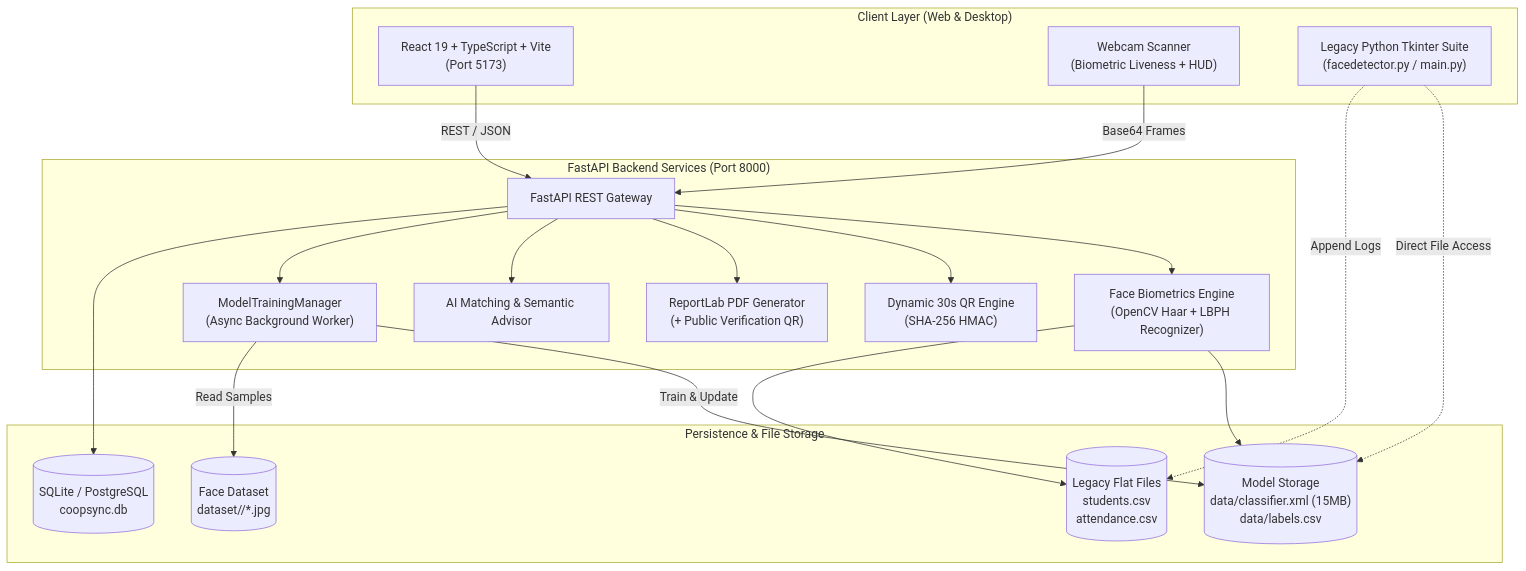
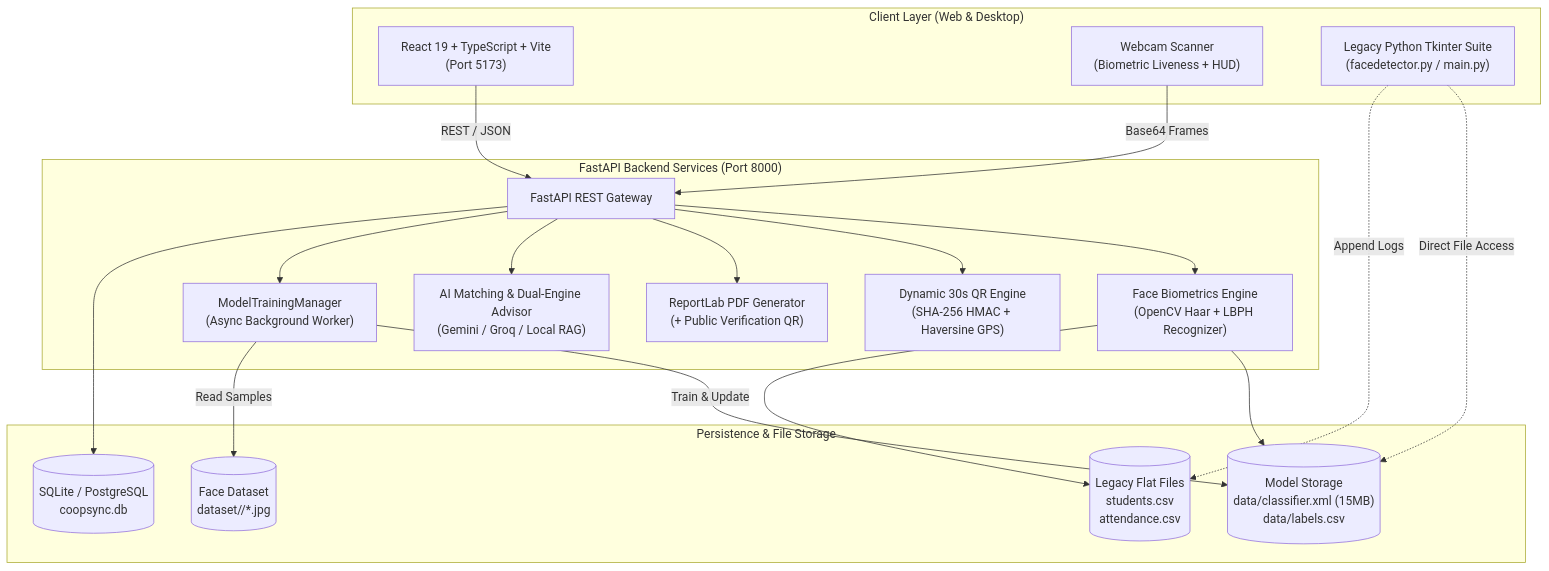
Before and after one commit to prakashmadhok706-spec/face-recognition-system: the diagram in README.md, drawn with Mermaid. The commit also changed other lines of this file and 6 other files, not shown here.

````diff
--- a/README.md
+++ b/README.md
@@ -195,41 +135,41 @@
 ```mermaid
 flowchart TB
     subgraph ClientLayer ["Client Layer (Web & Desktop)"]
         UI["React 19 + TypeScript + Vite\n(Port 5173)"]
         WebCam["Webcam Scanner\n(Biometric Liveness + HUD)"]
         DesktopApp["Legacy Python Tkinter Suite\n(facedetector.py / main.py)"]
     end
 
     subgraph APILayer ["FastAPI Backend Services (Port 8000)"]
         API["FastAPI REST Gateway"]
         FaceEngine["Face Biometrics Engine\n(OpenCV Haar + LBPH Recognizer)"]
-        QREngine["Dynamic 30s QR Engine\n(SHA-256 HMAC)"]
+        QREngine["Dynamic 30s QR Engine\n(SHA-256 HMAC + Haversine GPS)"]
         CertEngine["ReportLab PDF Generator\n(+ Public Verification QR)"]
-        AIEngine["AI Matching & Semantic Advisor"]
+        AIEngine["AI Matching & Dual-Engine Advisor\n(Gemini / Groq / Local RAG)"]
         RetrainMgr["ModelTrainingManager\n(Async Background Worker)"]
     end
 
     subgraph StorageLayer ["Persistence & File Storage"]
         DB[(SQLite / PostgreSQL\ncoopsync.db)]
         ModelStore[("Model Storage\ndata/classifier.xml (15MB)\ndata/labels.csv")]
         DatasetStore[("Face Dataset\ndataset/<student_id>/*.jpg")]
         LegacyCSV[("Legacy Flat Files\nstudents.csv\nattendance.csv")]
     end
 
     UI -->|REST / JSON| API
     WebCam -->|Base64 Frames| API
     API --> FaceEngine
     API --> QREngine
     API --> CertEngine
     API --> AIEngine
     API --> RetrainMgr
 
     FaceEngine --> ModelStore
     FaceEngine --> LegacyCSV
     RetrainMgr -->|Train & Update| ModelStore
     RetrainMgr -->|Read Samples| DatasetStore
 
     API --> DB
     DesktopApp -.->|Direct File Access| ModelStore
     DesktopApp -.->|Append Logs| LegacyCSV
 ```
````
